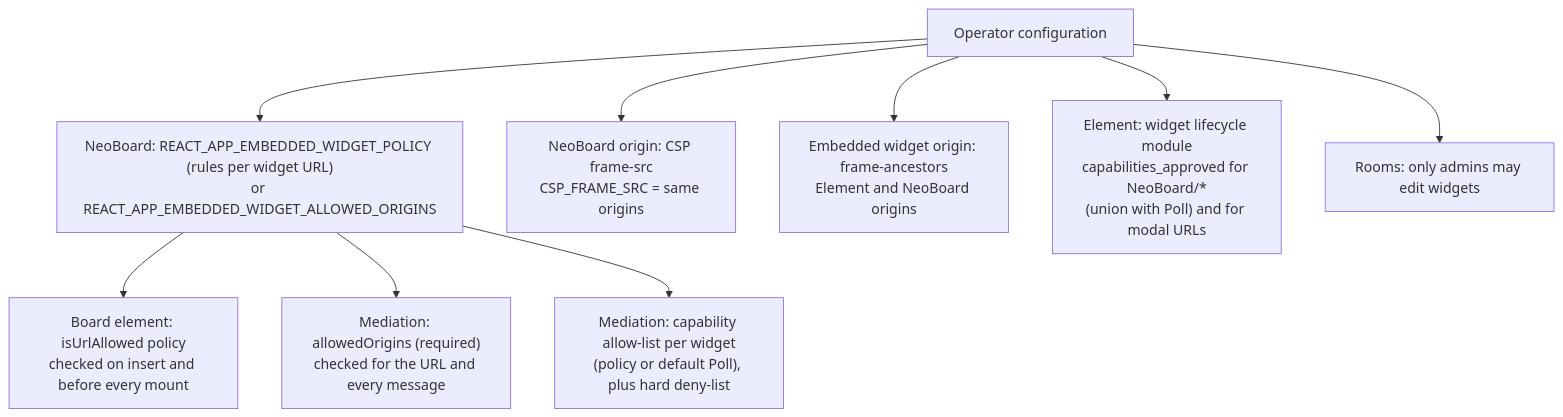
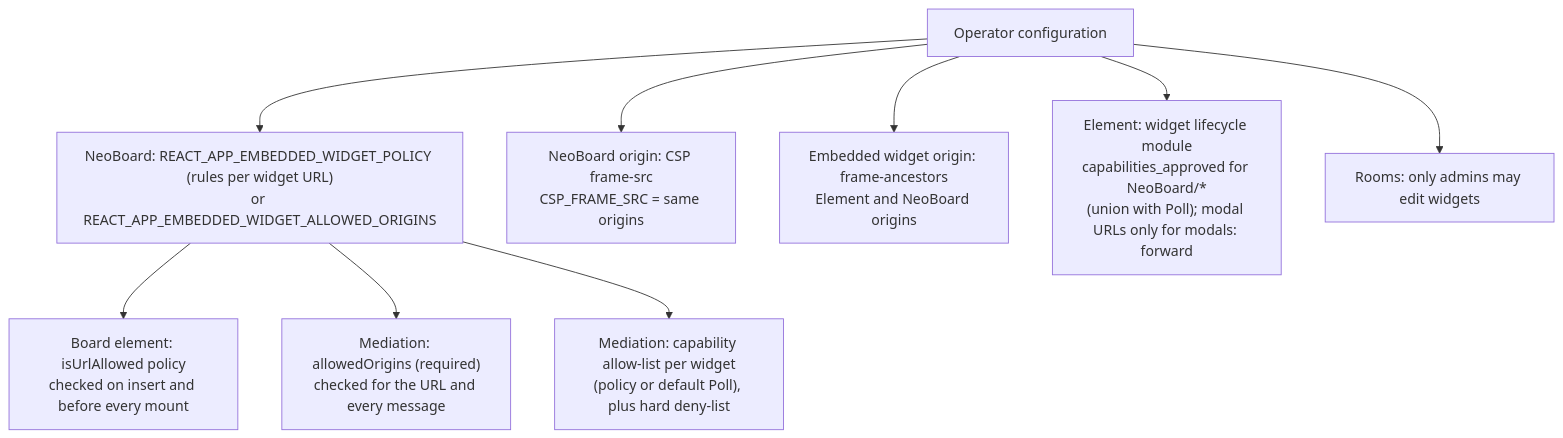
Before and after one commit to yncyrydybyl/neoboardception: the ninth of 9 diagrams in neoboardception-docs/architecture.md, drawn with Mermaid. The commit also changed other lines of this file and 50 other files, not shown here.

First line of the commit message:
NeoBoardception: in-board modals, UX and consent fixes

````diff
--- a/neoboardception-docs/architecture.md
+++ b/neoboardception-docs/architecture.md
@@ -391,12 +400,12 @@
 ```mermaid
 flowchart TB
   CFG["Operator configuration"]
   CFG --> A1["NeoBoard: REACT_APP_EMBEDDED_WIDGET_POLICY (rules per widget URL)<br/>or REACT_APP_EMBEDDED_WIDGET_ALLOWED_ORIGINS"]
   A1 --> A2["Board element: isUrlAllowed policy<br/>checked on insert and before every mount"]
   A1 --> A3["Mediation: allowedOrigins (required)<br/>checked for the URL and every message"]
   A1 --> A4["Mediation: capability allow-list per widget<br/>(policy or default Poll), plus hard deny-list"]
   CFG --> A5["NeoBoard origin: CSP frame-src<br/>CSP_FRAME_SRC = same origins"]
   CFG --> A6["Embedded widget origin: frame-ancestors<br/>Element and NeoBoard origins"]
-  CFG --> A7["Element: widget lifecycle module<br/>capabilities_approved for NeoBoard/*<br/>(union with Poll) and for modal URLs"]
+  CFG --> A7["Element: widget lifecycle module<br/>capabilities_approved for NeoBoard/*<br/>(union with Poll); modal URLs only for modals: forward"]
   CFG --> A8["Rooms: only admins may edit widgets"]
 ```
````
